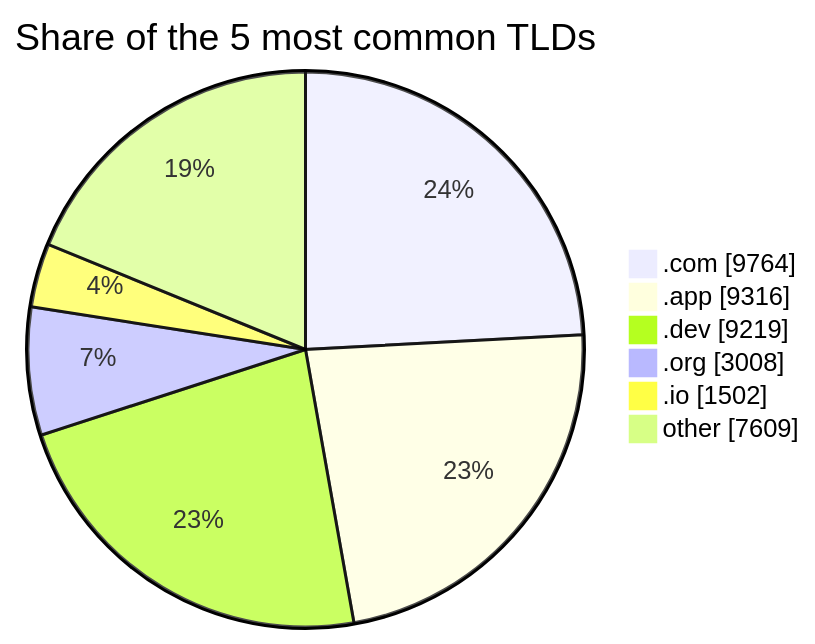
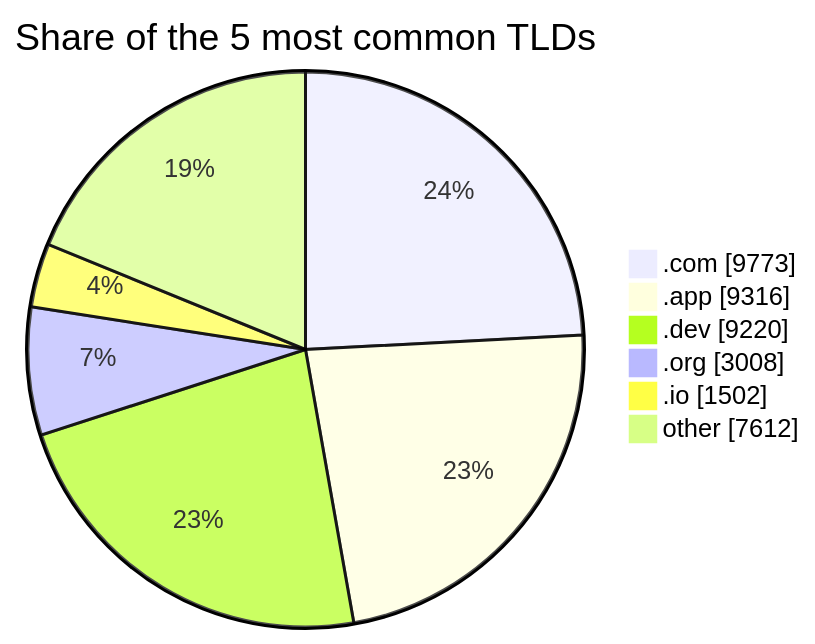
The second of 2 diagrams in README.md (DNSBunker/CTI), drawn with Mermaid before and after one commit. The commit also changed other lines of this file and 3 other files, not shown here.

````diff
--- a/README.md
+++ b/README.md
@@ -72,9 +72,9 @@
 ```mermaid
 pie showData title Share of the 5 most common TLDs
-    ".com" : 9764
+    ".com" : 9773
     ".app" : 9316
-    ".dev" : 9219
+    ".dev" : 9220
     ".org" : 3008
     ".io" : 1502
-    "other" : 7609
+    "other" : 7612
 ```
````
